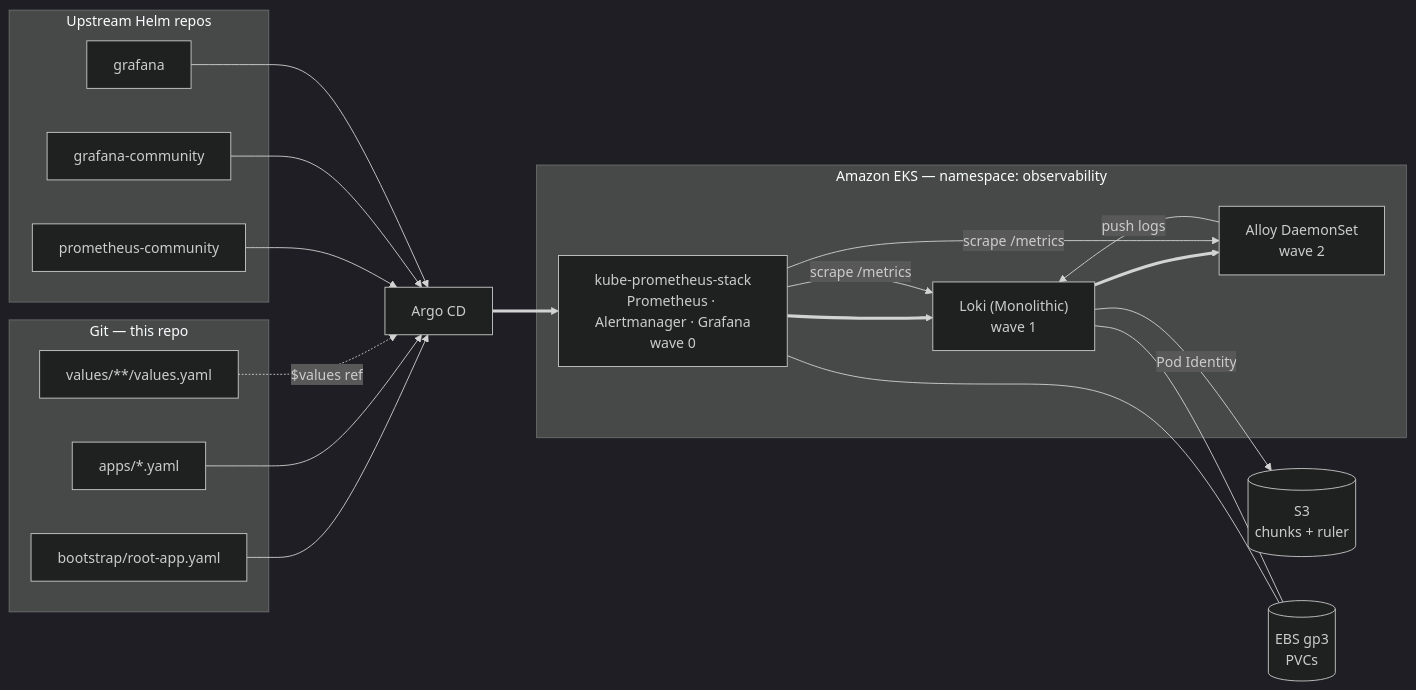
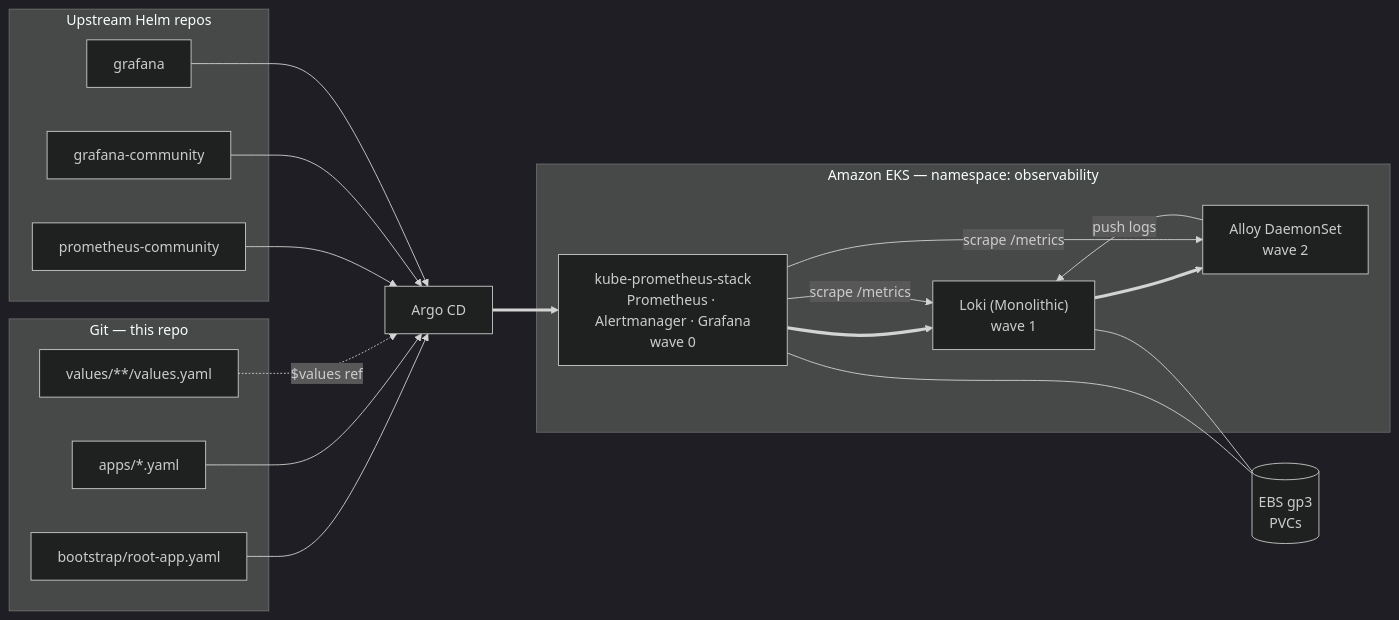
The diagram in argocd-observability/lesson.md (BoldFellow/aws-mini-lessons), drawn with Mermaid (dark theme) before and after one commit. The commit also changed other lines of this file and 1 other file, not shown here.

First line of the commit message:
Run Loki on local disk by default, move S3 to a phase-2 appendix

````diff
--- a/argocd-observability/lesson.md
+++ b/argocd-observability/lesson.md
@@ -8,41 +8,39 @@
 ```mermaid
 flowchart LR
   subgraph GIT["Git — this repo"]
     RA["bootstrap/root-app.yaml"]
     APPS["apps/*.yaml"]
     VALS["values/**/values.yaml"]
   end
 
   subgraph HELM["Upstream Helm repos"]
     PC["prometheus-community"]
     GC["grafana-community"]
     GR["grafana"]
   end
 
   subgraph EKS["Amazon EKS — namespace: observability"]
     KPS["kube-prometheus-stack<br/>Prometheus · Alertmanager · Grafana<br/>wave 0"]
     LOKI["Loki (Monolithic)<br/>wave 1"]
     AL["Alloy DaemonSet<br/>wave 2"]
   end
 
-  S3[("S3<br/>chunks + ruler")]
   EBS[("EBS gp3<br/>PVCs")]
 
   ARGO["Argo CD"]
 
   RA --> ARGO
   APPS --> ARGO
   VALS -.->|"$values ref"| ARGO
   PC --> ARGO
   GC --> ARGO
   GR --> ARGO
 
   ARGO ==> KPS ==> LOKI ==> AL
 
   AL -->|"push logs"| LOKI
   KPS -->|"scrape /metrics"| LOKI
   KPS -->|"scrape /metrics"| AL
-  LOKI -->|"Pod Identity"| S3
   KPS --- EBS
   LOKI --- EBS
 ```
````
